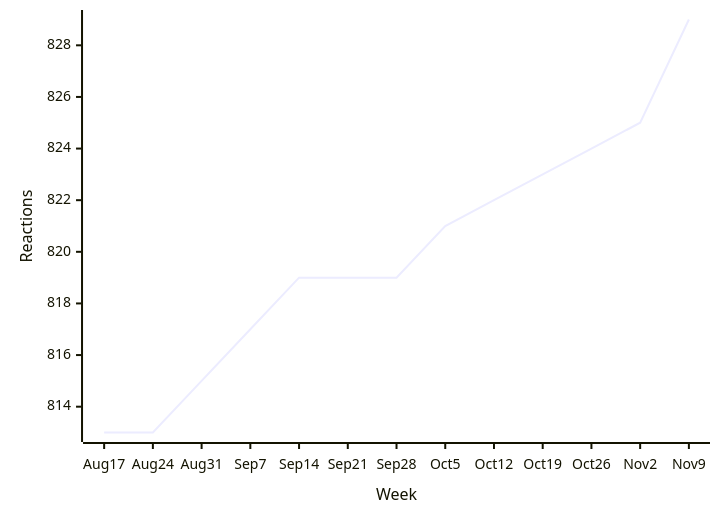
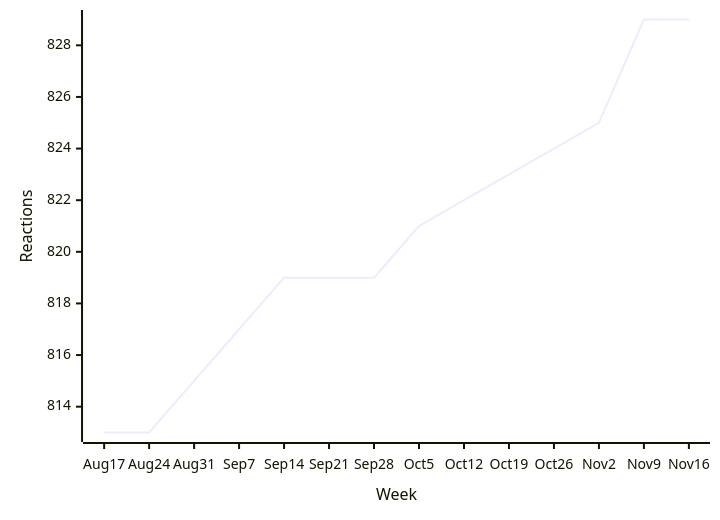
Before and after one commit to loic-sharma/github-insights: the seventh of 38 diagrams in README.md, drawn with Mermaid. The commit also changed other lines of this file and 3 other files, not shown here.

````diff
--- a/README.md
+++ b/README.md
@@ -426,6 +426,6 @@
   ```mermaid
   xychart-beta
-    x-axis "Week" [Aug 17, Aug 24, Aug 31, Sep 7, Sep 14, Sep 21, Sep 28, Oct 5, Oct 12, Oct 19, Oct 26, Nov 2, Nov 9]
+    x-axis "Week" [Aug 17, Aug 24, Aug 31, Sep 7, Sep 14, Sep 21, Sep 28, Oct 5, Oct 12, Oct 19, Oct 26, Nov 2, Nov 9, Nov 16]
     y-axis "Reactions"
-    line [813, 813, 815, 817, 819, 819, 819, 821, 822, 823, 824, 825, 829]
+    line [813, 813, 815, 817, 819, 819, 819, 821, 822, 823, 824, 825, 829, 829]
   ```
````
